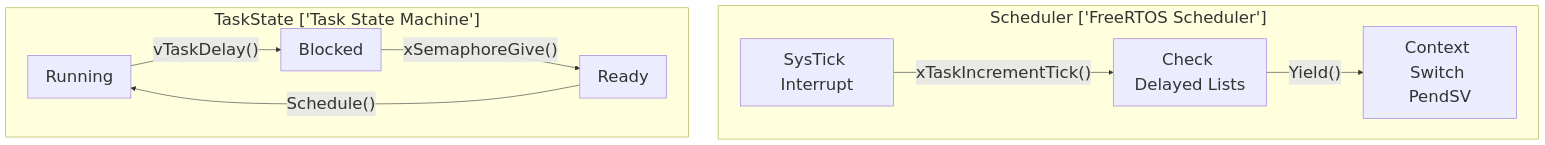
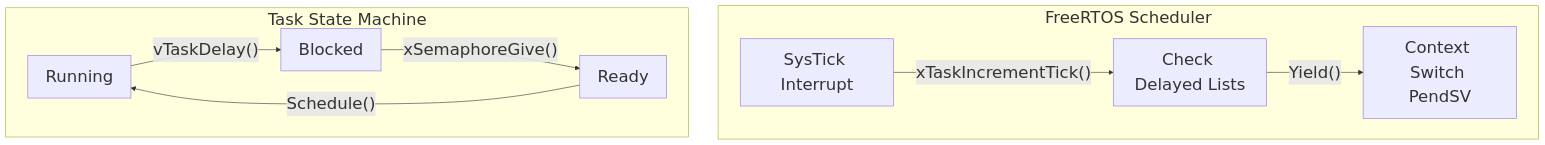
One commit to j4flmao/agent-skills changed the diagram in skills/embedded-systems/rtos/SKILL.md. Above: the diagram before and after it, drawn with Mermaid. The commit also changed 38 other files, not shown here.

Commit message:
style(skills): Add padding to Mermaid subgraphs to prevent label overlap with nodes

````diff
--- a/skills/embedded-systems/rtos/SKILL.md
+++ b/skills/embedded-systems/rtos/SKILL.md
@@ -13,13 +13,13 @@
 ```mermaid
 flowchart TD
 %%{init: {"theme": "default", "themeVariables": {"fontSize": "28px"}, "flowchart": {"useMaxWidth": false}}}%%
-    subgraph SchedulerFreeRTOSScheduler ["Scheduler ['FreeRTOS Scheduler']"]
+    subgraph SchedulerFreeRTOSScheduler ["FreeRTOS Scheduler<br/>"]
         Tick[SysTick Interrupt] -->|"xTaskIncrementTick()"| UnblockCheck[Check Delayed Lists]
         UnblockCheck -->|"Yield()"| SwitchContext[Context Switch PendSV]
     end
-    subgraph TaskStateTaskStateMachine ["TaskState ['Task State Machine']"]
+    subgraph TaskStateTaskStateMachine ["Task State Machine<br/>"]
         Running -->|"vTaskDelay()"| Blocked
         Blocked -->|"xSemaphoreGive()"| Ready
         Ready -->|"Schedule()"| Running
     end
 ```
````
